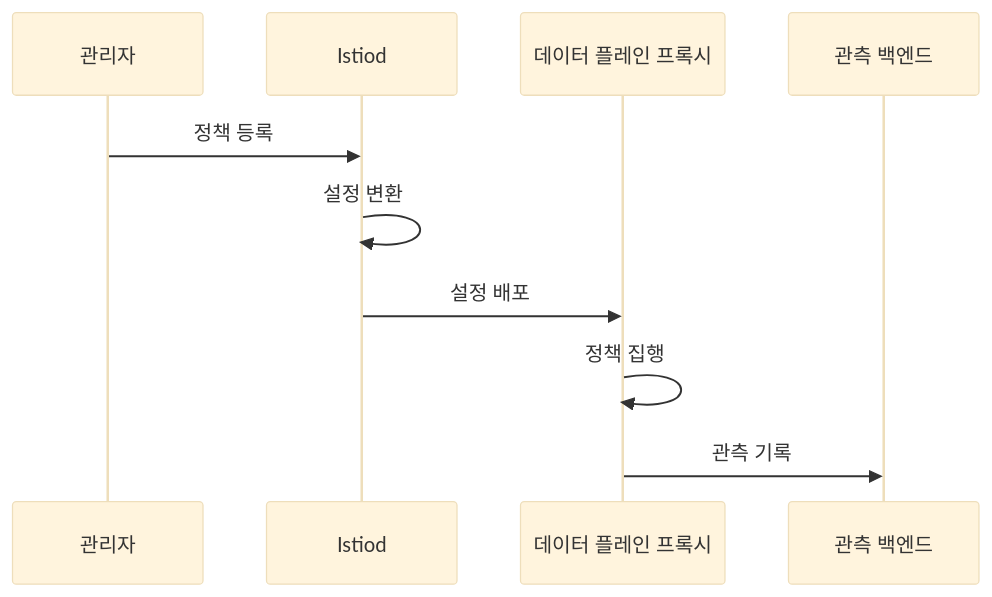
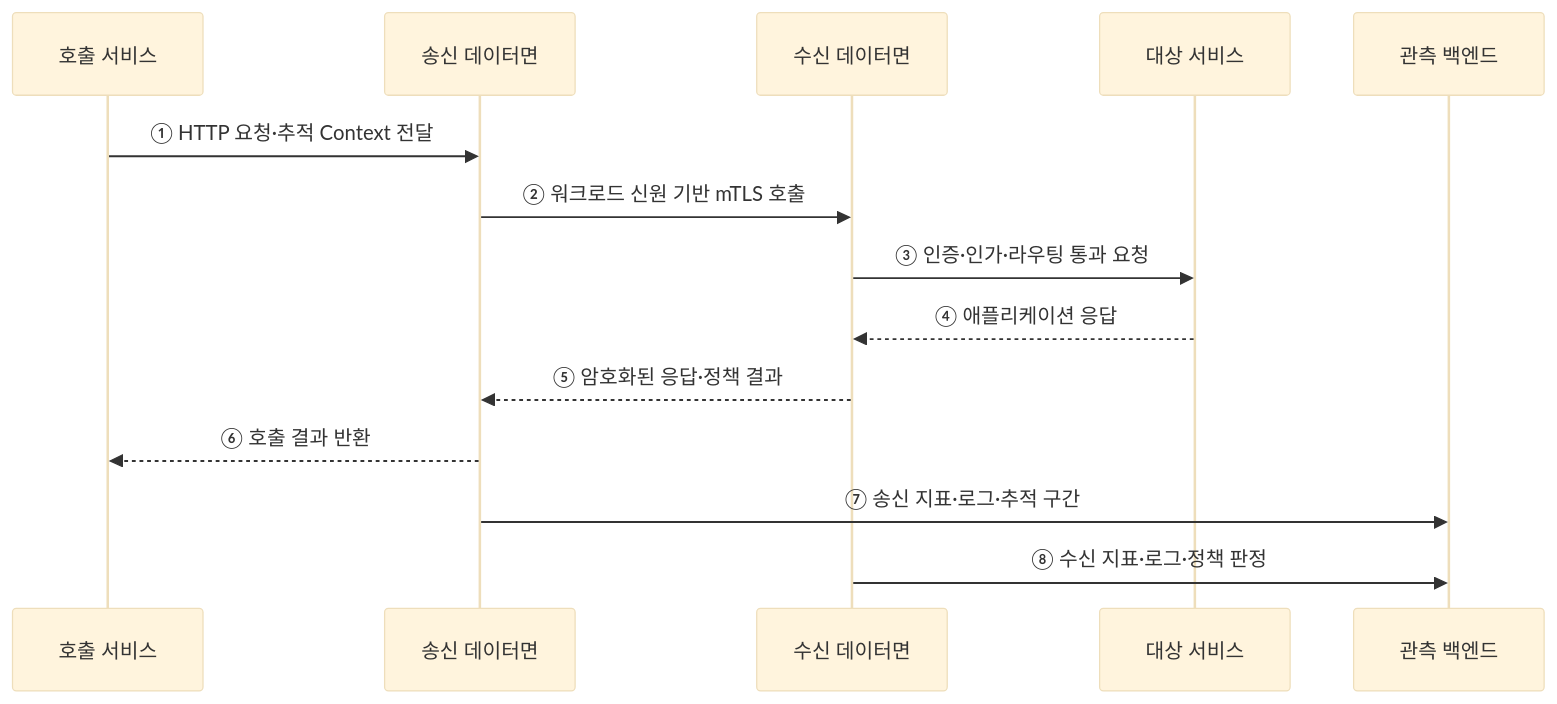
Before and after one commit to agnusdei1207/knowledge-base: the second of 2 diagrams in src/content/docs/notes/03-software/160_istio_service_mesh.md, drawn with Mermaid (base theme). The commit also changed other lines of this file and 20 other files, not shown here.

````diff
--- a/src/content/docs/notes/03-software/160_istio_service_mesh.md
+++ b/src/content/docs/notes/03-software/160_istio_service_mesh.md
@@ -82,12 +72,16 @@
 ```mermaid
 sequenceDiagram
-    participant A as 관리자
-    participant I as Istiod
-    participant P as 데이터 플레인 프록시
+    participant A as 호출 서비스
+    participant S as 송신 데이터면
+    participant D as 수신 데이터면
+    participant B as 대상 서비스
     participant O as 관측 백엔드
-    A->>I: 정책 등록
-    I->>I: 설정 변환
-    I->>P: 설정 배포
-    P->>P: 정책 집행
-    P->>O: 관측 기록
+    A->>S: ① HTTP 요청·추적 Context 전달
+    S->>D: ② 워크로드 신원 기반 mTLS 호출
+    D->>B: ③ 인증·인가·라우팅 통과 요청
+    B-->>D: ④ 애플리케이션 응답
+    D-->>S: ⑤ 암호화된 응답·정책 결과
+    S-->>A: ⑥ 호출 결과 반환
+    S->>O: ⑦ 송신 지표·로그·추적 구간
+    D->>O: ⑧ 수신 지표·로그·정책 판정
 ```
````
